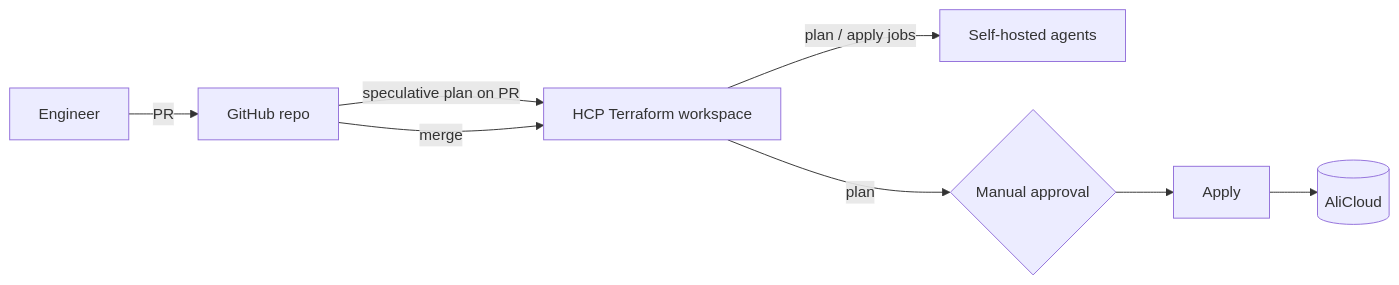
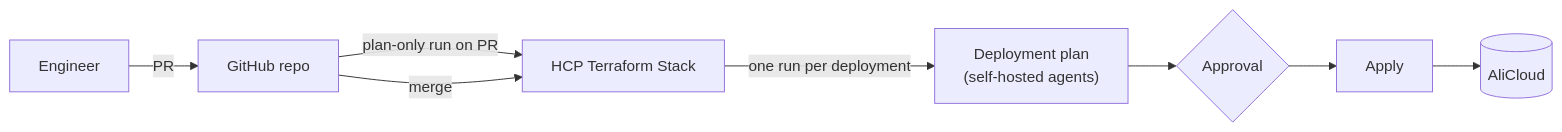
Before and after one commit to vinothtestorg/terraform-cloud-policies: the first of 4 diagrams in docs/alicloud-tag-validation-options.md, drawn with Mermaid. The commit also changed other lines of this file and 46 other files, not shown here.

First line of the commit message:
Rework tag validation design for HCP Terraform Stacks

````diff
--- a/docs/alicloud-tag-validation-options.md
+++ b/docs/alicloud-tag-validation-options.md
@@ -35,9 +34,9 @@
 ```mermaid
 flowchart LR
     Dev[Engineer] -->|PR| GH[GitHub repo]
-    GH -->|speculative plan on PR| TFC[HCP Terraform workspace]
-    GH -->|merge| TFC
-    TFC -->|plan / apply jobs| Agent[Self-hosted agents]
-    TFC -->|plan| Approve{Manual approval}
+    GH -->|plan-only run on PR| Stack[HCP Terraform Stack]
+    GH -->|merge| Stack
+    Stack -->|one run per deployment| Plan["Deployment plan<br/>(self-hosted agents)"]
+    Plan --> Approve{Approval}
     Approve --> Apply[Apply] --> Ali[(AliCloud)]
 ```
````
